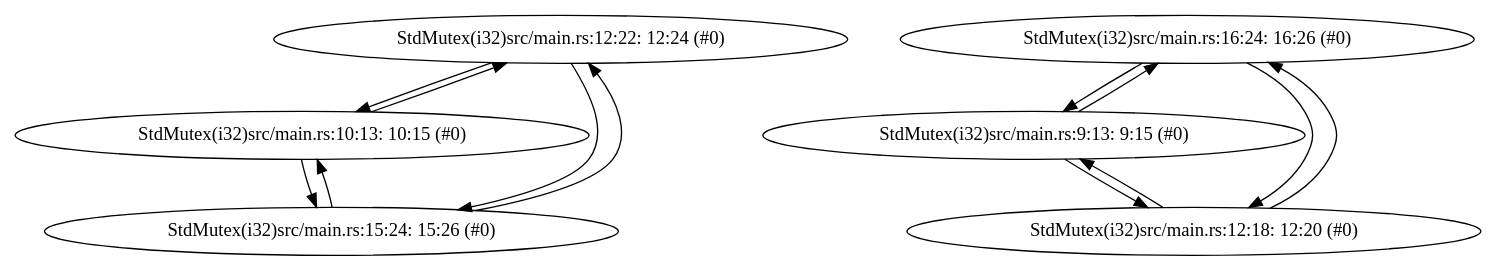
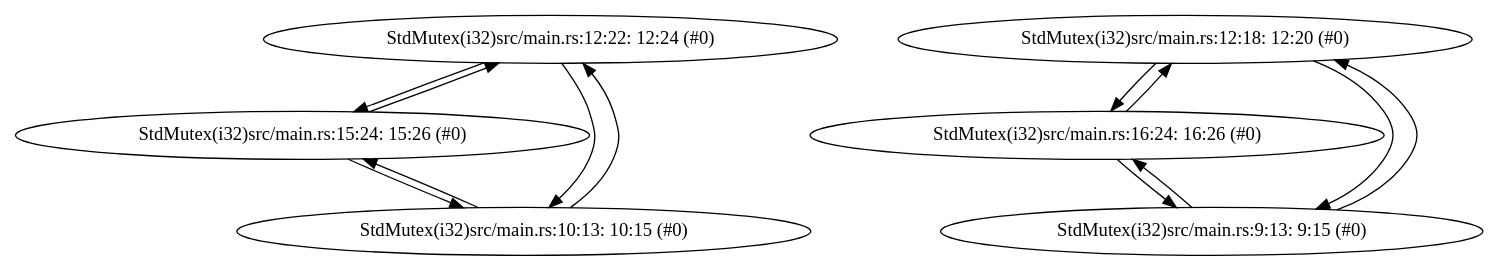
One commit to kevindadi/RustPTA changed the diagram in toys/call-no-deadlock/pts_map.dot. Above: the diagram before and after it, drawn with Graphviz. The commit also changed 12 other files, not shown here.

```diff
--- a/toys/call-no-deadlock/pts_map.dot
+++ b/toys/call-no-deadlock/pts_map.dot
@@ -1,20 +1,20 @@
 digraph {
     0 [ label = "StdMutex(i32)src/main.rs:12:22: 12:24 (#0)" ]
-    1 [ label = "StdMutex(i32)src/main.rs:10:13: 10:15 (#0)" ]
-    2 [ label = "StdMutex(i32)src/main.rs:15:24: 15:26 (#0)" ]
+    1 [ label = "StdMutex(i32)src/main.rs:15:24: 15:26 (#0)" ]
+    2 [ label = "StdMutex(i32)src/main.rs:12:18: 12:20 (#0)" ]
     3 [ label = "StdMutex(i32)src/main.rs:16:24: 16:26 (#0)" ]
-    4 [ label = "StdMutex(i32)src/main.rs:9:13: 9:15 (#0)" ]
-    5 [ label = "StdMutex(i32)src/main.rs:12:18: 12:20 (#0)" ]
+    4 [ label = "StdMutex(i32)src/main.rs:10:13: 10:15 (#0)" ]
+    5 [ label = "StdMutex(i32)src/main.rs:9:13: 9:15 (#0)" ]
     0 -> 1 [ label = "" ]
+    2 -> 3 [ label = "" ]
+    3 -> 2 [ label = "" ]
     1 -> 0 [ label = "" ]
-    2 -> 1 [ label = "" ]
-    3 -> 4 [ label = "" ]
-    4 -> 3 [ label = "" ]
-    1 -> 2 [ label = "" ]
+    4 -> 1 [ label = "" ]
+    0 -> 4 [ label = "" ]
+    4 -> 0 [ label = "" ]
+    3 -> 5 [ label = "" ]
     5 -> 3 [ label = "" ]
-    3 -> 5 [ label = "" ]
-    0 -> 2 [ label = "" ]
-    5 -> 4 [ label = "" ]
-    4 -> 5 [ label = "" ]
-    2 -> 0 [ label = "" ]
+    5 -> 2 [ label = "" ]
+    1 -> 4 [ label = "" ]
+    2 -> 5 [ label = "" ]
 }
```
